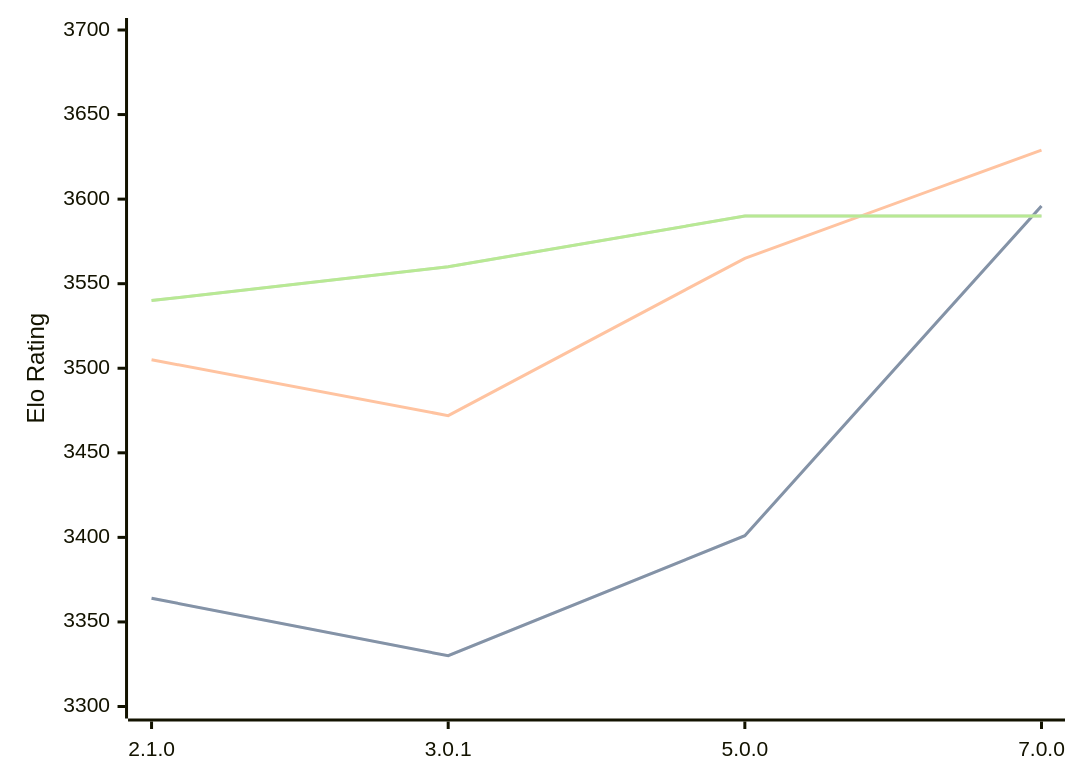
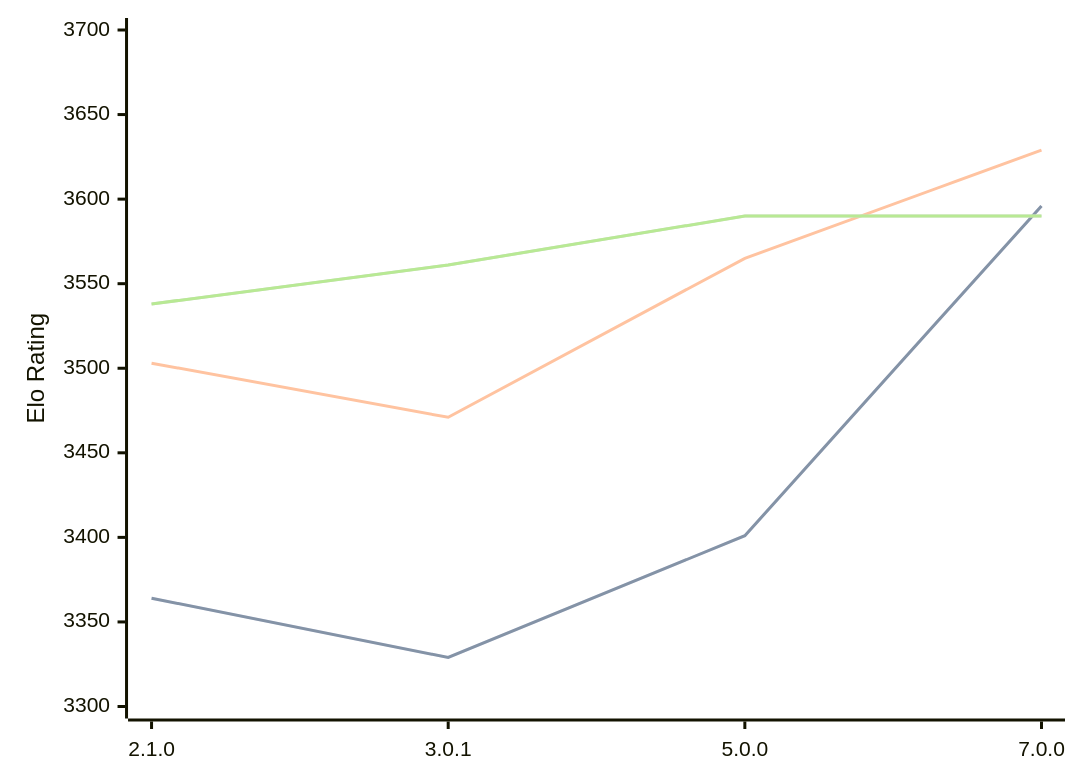
One commit to computer-chess-index/cci changed the diagram in engines/PlentyChess.md. Above: the diagram before and after it, drawn with Mermaid. The commit also changed other lines of this file, not shown here.

Commit message:
Update CCI Ratings (ELO VLTC) - 2026-03-12

````diff
--- a/engines/PlentyChess.md
+++ b/engines/PlentyChess.md
@@ -43,11 +43,11 @@
 ```mermaid
 %%{init: {"theme":"base","themeVariables":{"seriesColors:['#a3a3a3','#222221','#faa371']}}}%%
 xychart-beta
   x-axis ["2.1.0", "3.0.1", "5.0.0", "7.0.0"]
   y-axis "Elo Rating" 3300 --> 3700
-  line "STC (8.0+0.08s)" [3364, 3330, 3401, 3596]
-  line "STC (8.0+0.08s)" [3364, 3330, 3401, 3596]
-  line "LTC (60.0+0.60s)" [3505, 3472, 3565, 3629]
-  line "VLTC (2m24s+1.12s)" [3540, 3560, 3590, 3590]
-  line "VLTC (2m24s+1.12s)" [3540, 3560, 3590, 3590]
+  line "STC (8.0+0.08s)" [3364, 3329, 3401, 3596]
+  line "STC (8.0+0.08s)" [3364, 3329, 3401, 3596]
+  line "LTC (60.0+0.60s)" [3503, 3471, 3565, 3629]
+  line "VLTC (2m24s+1.12s)" [3538, 3561, 3590, 3590]
+  line "VLTC (2m24s+1.12s)" [3538, 3561, 3590, 3590]
 ```
````
